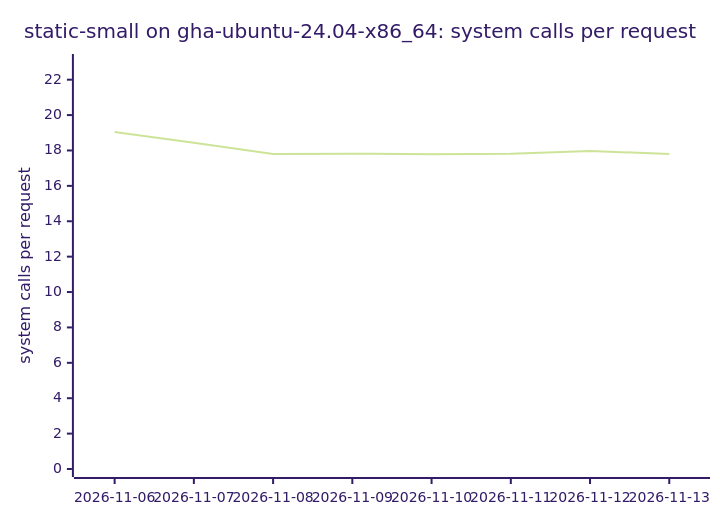
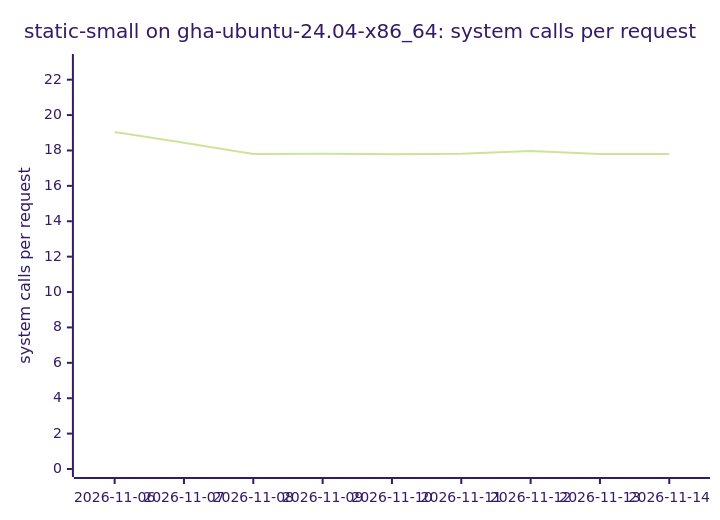
One commit to ThePixelPilgrim/durchlauferhitzer changed the tenth of 18 diagrams in BENCHMARKS.md. Above: the diagram before and after it, drawn with Mermaid (forest theme). The commit also changed other lines of this file and 1 other file, not shown here.

````diff
--- a/BENCHMARKS.md
+++ b/BENCHMARKS.md
@@ -118,7 +118,7 @@
 ```mermaid
 xychart-beta
   title "static-small on gha-ubuntu-24.04-x86_64: system calls per request"
-  x-axis ["2026-11-06", "2026-11-07", "2026-11-08", "2026-11-09", "2026-11-10", "2026-11-11", "2026-11-12", "2026-11-13"]
+  x-axis ["2026-11-06", "2026-11-07", "2026-11-08", "2026-11-09", "2026-11-10", "2026-11-11", "2026-11-12", "2026-11-13", "2026-11-14"]
   y-axis "system calls per request" 0 --> 23
-  line [19.04, 18.44, 17.80, 17.82, 17.79, 17.82, 17.97, 17.80]
+  line [19.04, 18.44, 17.80, 17.82, 17.79, 17.82, 17.97, 17.80, 17.80]
 ```
````
